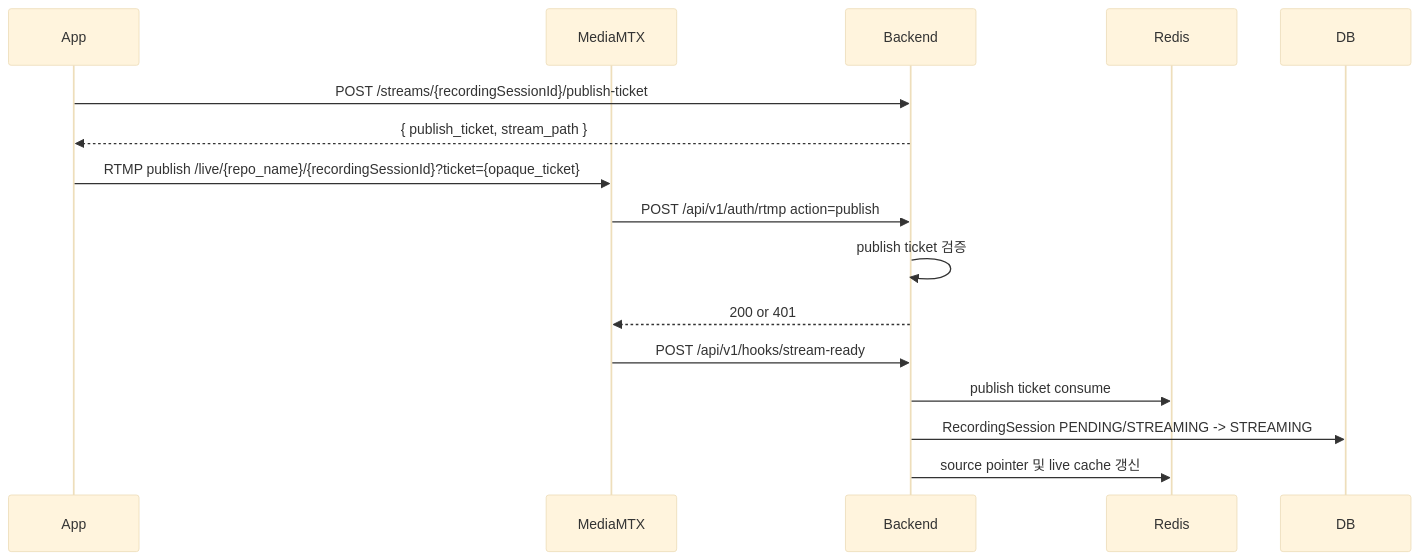
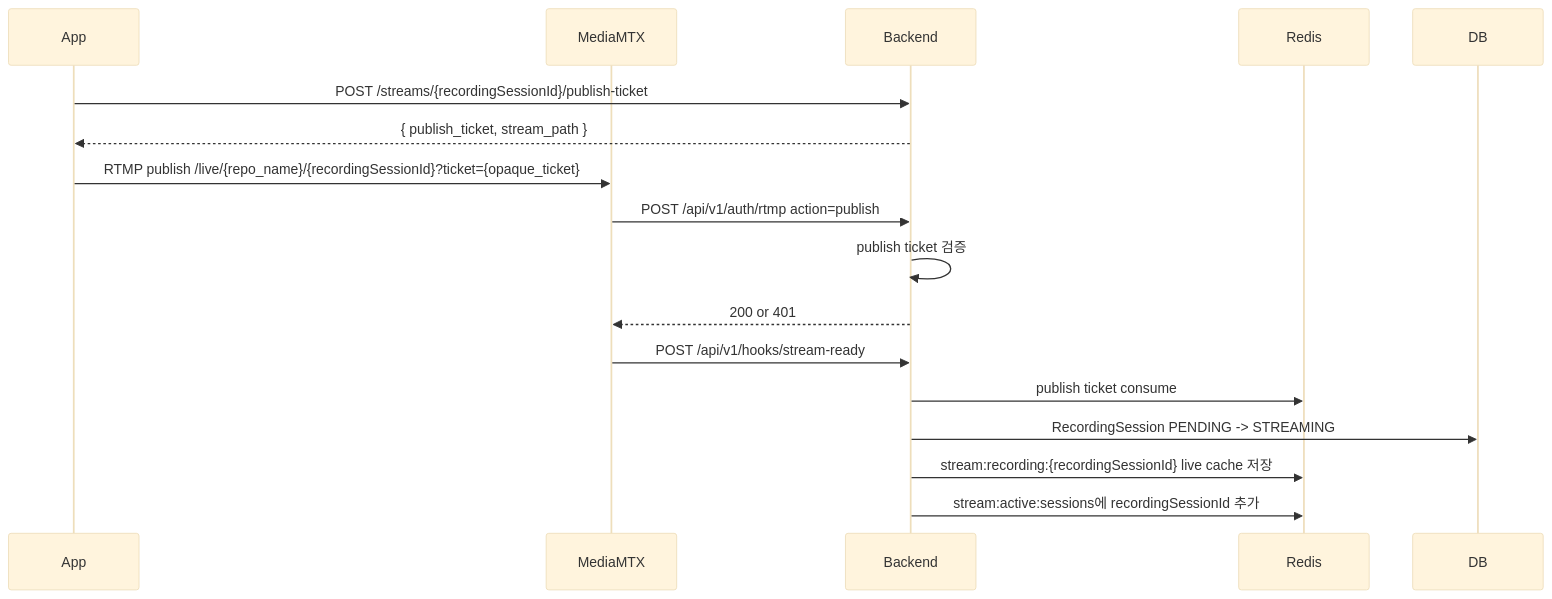
Before and after one commit to ego-flow/ego-flow-server: the third of 7 diagrams in docs/09. project_streaming.md, drawn with Mermaid (base theme). The commit also changed other lines of this file and 20 other files, not shown here.

Commit message:
[Backend] Streaming live cache 구조 정리

````diff
--- a/docs/09. project_streaming.md
+++ b/docs/09. project_streaming.md
@@ -185,18 +167,19 @@
 ```mermaid
 sequenceDiagram
     participant App
     participant MTX as MediaMTX
     participant BE as Backend
     participant Redis
 
     App->>BE: POST /streams/{recordingSessionId}/publish-ticket
     BE-->>App: { publish_ticket, stream_path }
     App->>MTX: RTMP publish /live/{repo_name}/{recordingSessionId}?ticket={opaque_ticket}
     MTX->>BE: POST /api/v1/auth/rtmp action=publish
     BE->>BE: publish ticket 검증
     BE-->>MTX: 200 or 401
     MTX->>BE: POST /api/v1/hooks/stream-ready
     BE->>Redis: publish ticket consume
-    BE->>DB: RecordingSession PENDING/STREAMING -> STREAMING
-    BE->>Redis: source pointer 및 live cache 갱신
+    BE->>DB: RecordingSession PENDING -> STREAMING
+    BE->>Redis: stream:recording:{recordingSessionId} live cache 저장
+    BE->>Redis: stream:active:sessions에 recordingSessionId 추가
 ```
````
